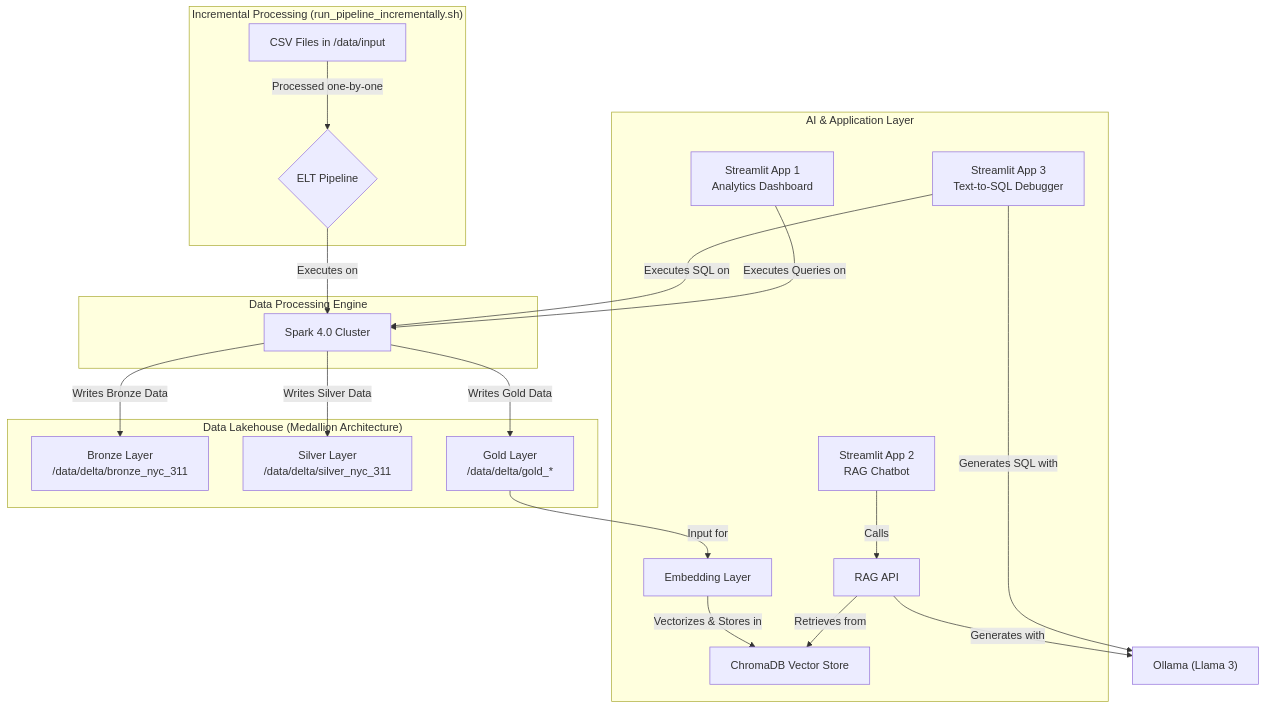
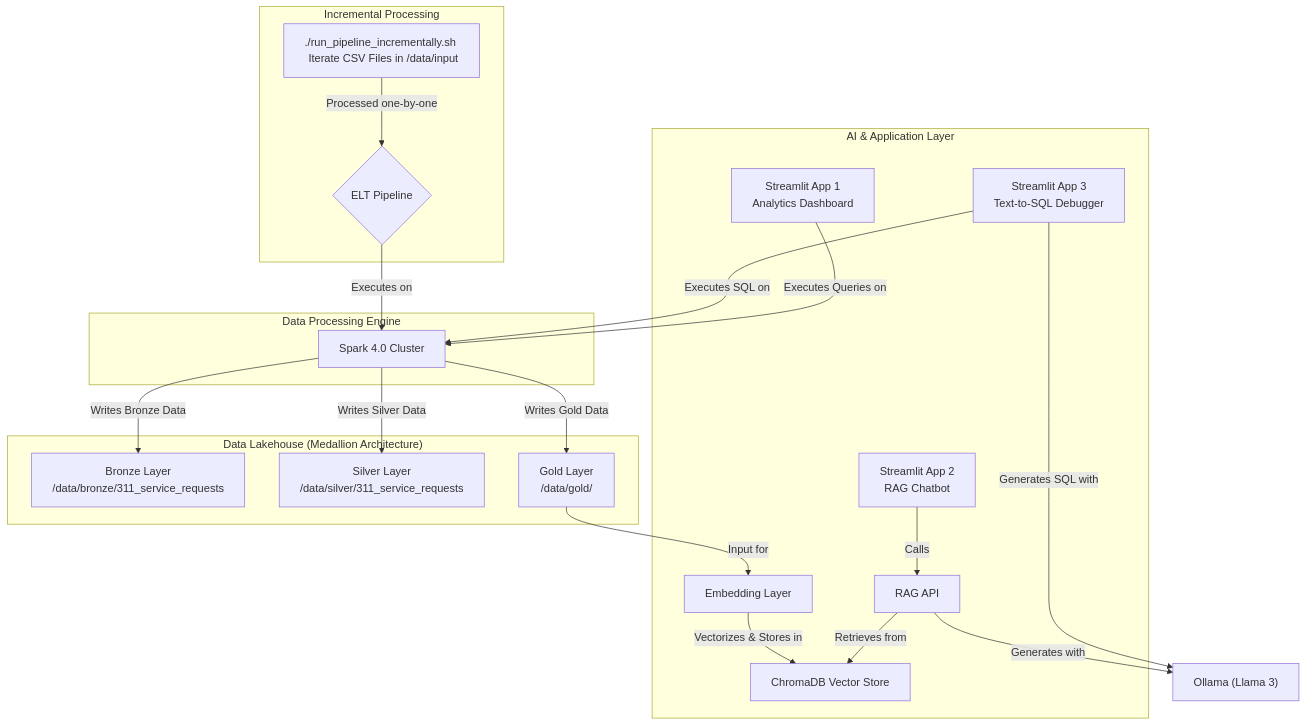
Before and after one commit to learningfun-dev/nyc311-delta-spark: the diagram in README.md, drawn with Mermaid. The commit also changed other lines of this file, not shown here.

````diff
--- a/README.md
+++ b/README.md
@@ -24,44 +24,44 @@
 ```mermaid
 graph TD
-    subgraph "Incremental Processing (run_pipeline_incrementally.sh)"
-        A[CSV Files in /data/input] -- "Processed one-by-one" --> B{ELT Pipeline};
+    subgraph "Incremental Processing"
+        A["./run_pipeline_incrementally.sh" <br> Iterate CSV Files in /data/input] -- "Processed one-by-one" --> B{ELT Pipeline};
     end
 
     subgraph "Data Processing Engine"
         C[Spark 4.0 Cluster]
     end
     
     B -- "Executes on" --> C
 
     subgraph "Data Lakehouse (Medallion Architecture)"
-        D["Bronze Layer<br>/data/delta/bronze_nyc_311"]
-        E["Silver Layer<br>/data/delta/silver_nyc_311"]
-        F["Gold Layer<br>/data/delta/gold_*"]
+        D["Bronze Layer<br>/data/bronze/311_service_requests"]
+        E["Silver Layer<br>/data/silver/311_service_requests"]
+        F["Gold Layer<br>/data/gold/"]
     end
 
     C -- "Writes Bronze Data" --> D
     C -- "Writes Silver Data" --> E
     C -- "Writes Gold Data" --> F
     
     J["Ollama (Llama 3)"]
     subgraph "AI & Application Layer"
         G[Embedding Layer]
         H[ChromaDB Vector Store]
         I[RAG API]
         K[Streamlit App 1<br>Analytics Dashboard]
         L[Streamlit App 2<br>RAG Chatbot]
         M[Streamlit App 3<br>Text-to-SQL Debugger]
     end
 
     F -- "Input for" --> G
     G -- "Vectorizes & Stores in" --> H
     
     I -- "Retrieves from" --> H
     I -- "Generates with" --> J
     L -- "Calls" --> I
 
     M -- "Generates SQL with" --> J
     M -- "Executes SQL on" --> C
     
     K -- "Executes Queries on" --> C
 ```
````
